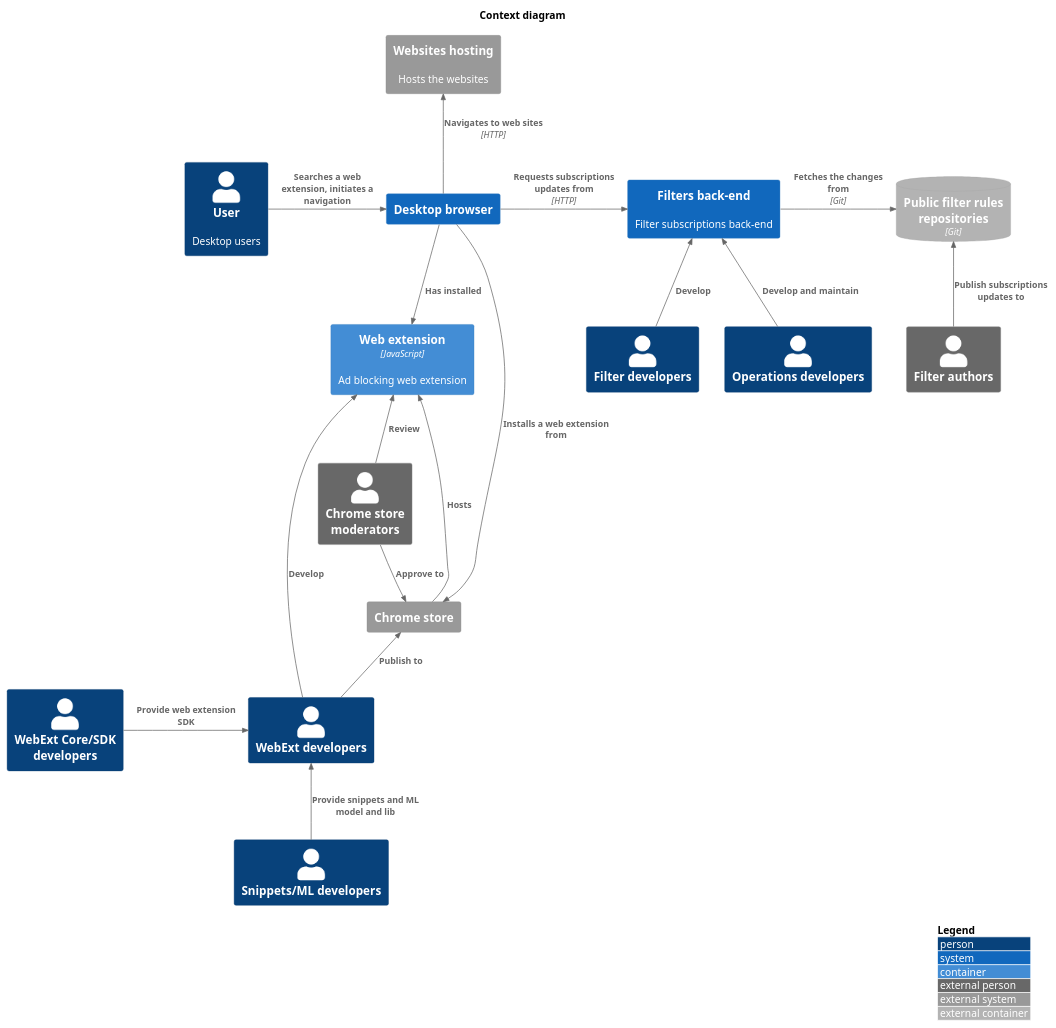
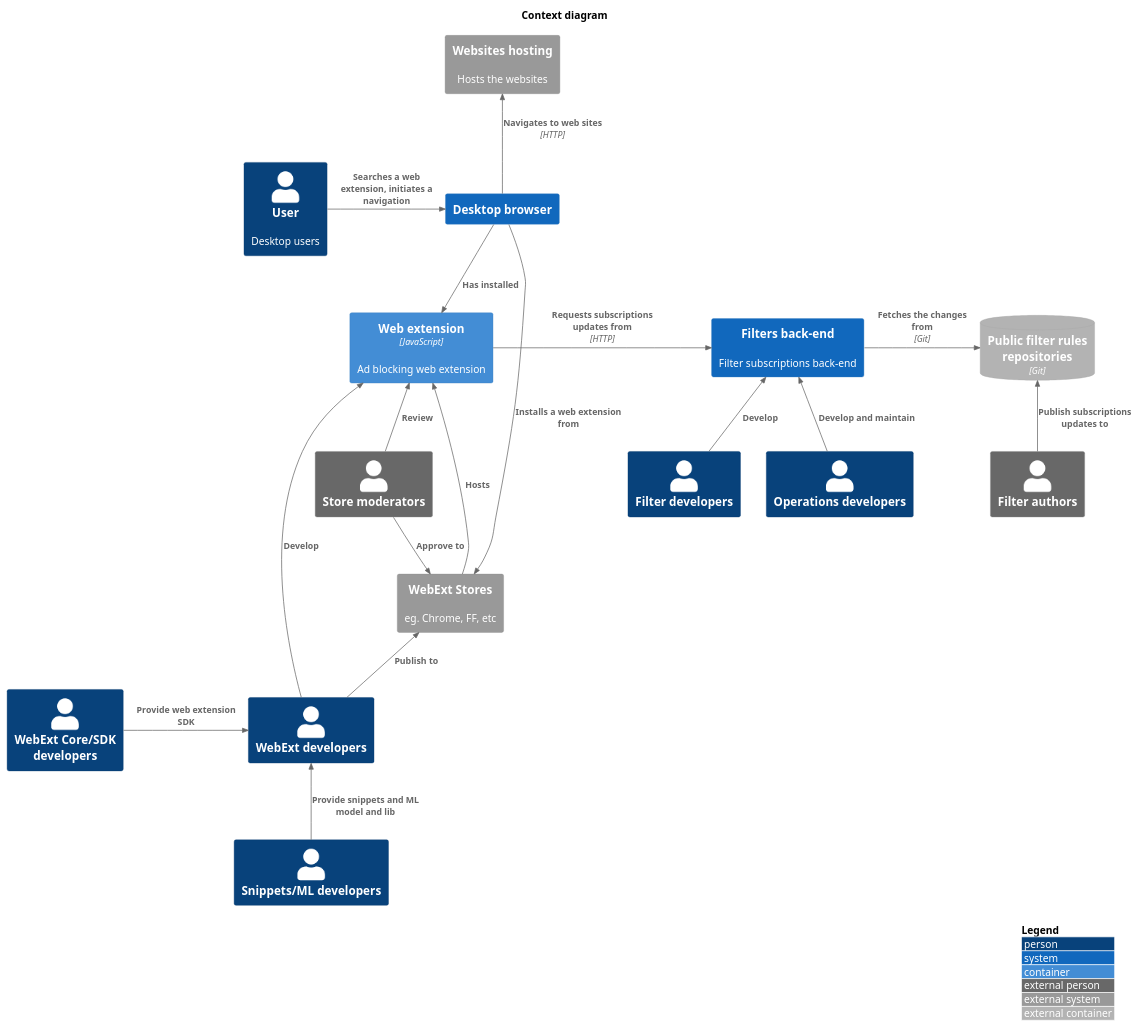
Before and after one commit to 4ntoine/mv3_spec_c4: the diagram in context.puml, drawn with PlantUML. The commit also changed 1 other file, not shown here.

Commit message:
Review context diagram with Andrea (address the comments).

```diff
--- a/context.puml
+++ b/context.puml
@@ -1,45 +1,45 @@
 @startuml
 !include https://raw.githubusercontent.com/plantuml-stdlib/C4-PlantUML/master/C4_Context.puml
 !include https://raw.githubusercontent.com/plantuml-stdlib/C4-PlantUML/master/C4_Container.puml
 
 LAYOUT_WITH_LEGEND()
 title Context diagram
 
 ' persons
 Person(user, "User", "Desktop users")
 Person(coreDevs, "WebExt Core/SDK developers")
 Person(webExtDevs, "WebExt developers")
 Person(snippetDevs, "Snippets/ML developers")
 Person(filterDevs, "Filter developers")
 Person(ops, "Operations developers")
 Person_Ext(filterAuthors, "Filter authors")
-Person_Ext(chromeStoreModerators, "Chrome store moderators")
+Person_Ext(storeModerators, "Store moderators")
 
 ' system itself
 System(browser, "Desktop browser")
 Container(webExt, "Web extension", "JavaScript", "Ad blocking web extension")
 System(backEnd, "Filters back-end", "Filter subscriptions back-end")
 
 ' ext systems
-System_Ext(chromeStore, "Chrome store")
+System_Ext(chromeStore, "WebExt Stores", "eg. Chrome, FF, etc")
 System_Ext(websiteHosting, "Websites hosting", "Hosts the websites")
 ContainerDb_Ext(gitRepo, "Public filter rules repositories", "Git")
 
 ' relations
 Rel_R(user, browser, "Searches a web extension, initiates a navigation")
 Rel_U(browser, websiteHosting, "Navigates to web sites", "HTTP")
 Rel_R(coreDevs, webExtDevs, "Provide web extension SDK")
 Rel_U(snippetDevs, webExtDevs, "Provide snippets and ML model and lib")
 Rel_U(webExtDevs, chromeStore, "Publish to")
 Rel_R(webExtDevs, webExt, "Develop")
 Rel_D(browser, chromeStore, "Installs a web extension from")
 Rel_R(chromeStore, webExt, "Hosts")
 Rel_D(browser, webExt, "Has installed")
-Rel_U(chromeStoreModerators, webExt, "Review")
-Rel(chromeStoreModerators, chromeStore, "Approve to")
+Rel_U(storeModerators, webExt, "Review")
+Rel(storeModerators, chromeStore, "Approve to")
 Rel_U(filterDevs, backEnd, "Develop")
 Rel_U(ops, backEnd, "Develop and maintain")
 Rel_U(filterAuthors, gitRepo, "Publish subscriptions updates to")
-Rel_R(browser, backEnd, "Requests subscriptions updates from", "HTTP")
+Rel_R(webExt, backEnd, "Requests subscriptions updates from", "HTTP")
 Rel_R(backEnd, gitRepo, "Fetches the changes from", "Git")
 @enduml
```
